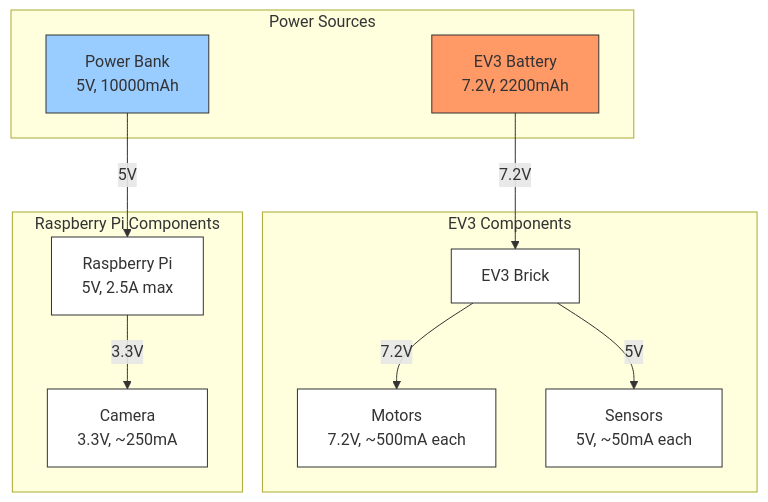
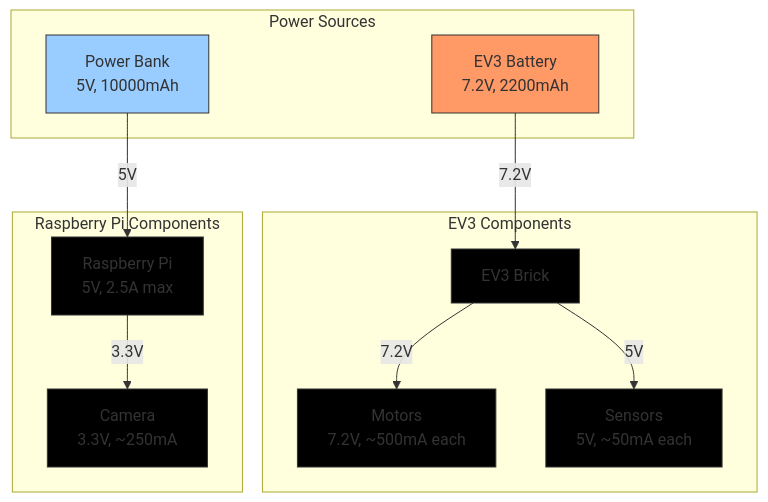
The third of 3 diagrams in README.md (Kikatsu/2025ChangeMakers), drawn with Mermaid before and after one commit.

````diff
--- a/README.md
+++ b/README.md
@@ -193,33 +193,33 @@
 ```mermaid
 flowchart TD
     subgraph Power_Sources["Power Sources"]
         EV3Bat["EV3 Battery\n7.2V, 2200mAh"]
         PowerBank["Power Bank\n5V, 10000mAh"]
     end
 
     subgraph EV3_Components["EV3 Components"]
         EV3["EV3 Brick"]
         Motors["Motors\n7.2V, ~500mA each"]
         Sensors["Sensors\n5V, ~50mA each"]
     end
 
     subgraph Pi_Components["Raspberry Pi Components"]
         RPi["Raspberry Pi\n5V, 2.5A max"]
         Cam["Camera\n3.3V, ~250mA"]
     end
 
     EV3Bat --> |"7.2V"| EV3
     EV3 --> |"7.2V"| Motors
     EV3 --> |"5V"| Sensors
     
     PowerBank --> |"5V"| RPi
     RPi --> |"3.3V"| Cam
 
     style EV3Bat fill:#f96,stroke:#333
     style PowerBank fill:#9cf,stroke:#333
-    style EV3 fill:#fff,stroke:#333
-    style RPi fill:#fff,stroke:#333
-    style Motors fill:#fff,stroke:#333
-    style Sensors fill:#fff,stroke:#333
-    style Cam fill:#fff,stroke:#333
+    style EV3 fill:#000,stroke:#333
+    style RPi fill:#000,stroke:#333
+    style Motors fill:#000,stroke:#333
+    style Sensors fill:#000,stroke:#333
+    style Cam fill:#000,stroke:#333
 ```
````
